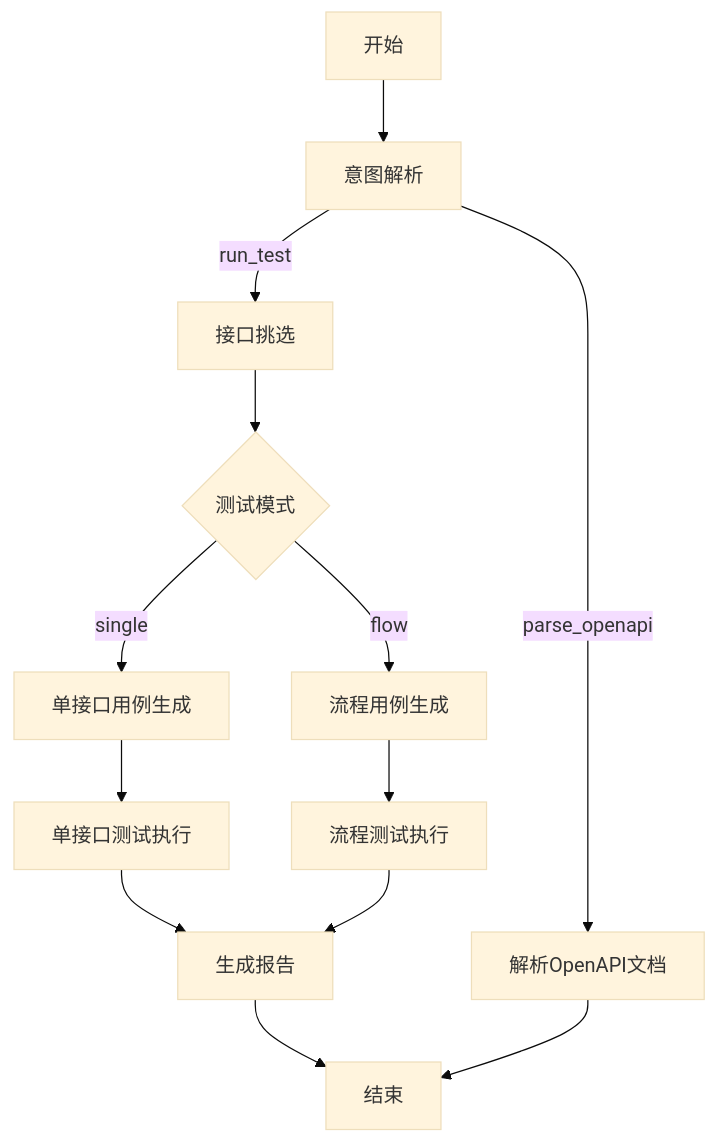
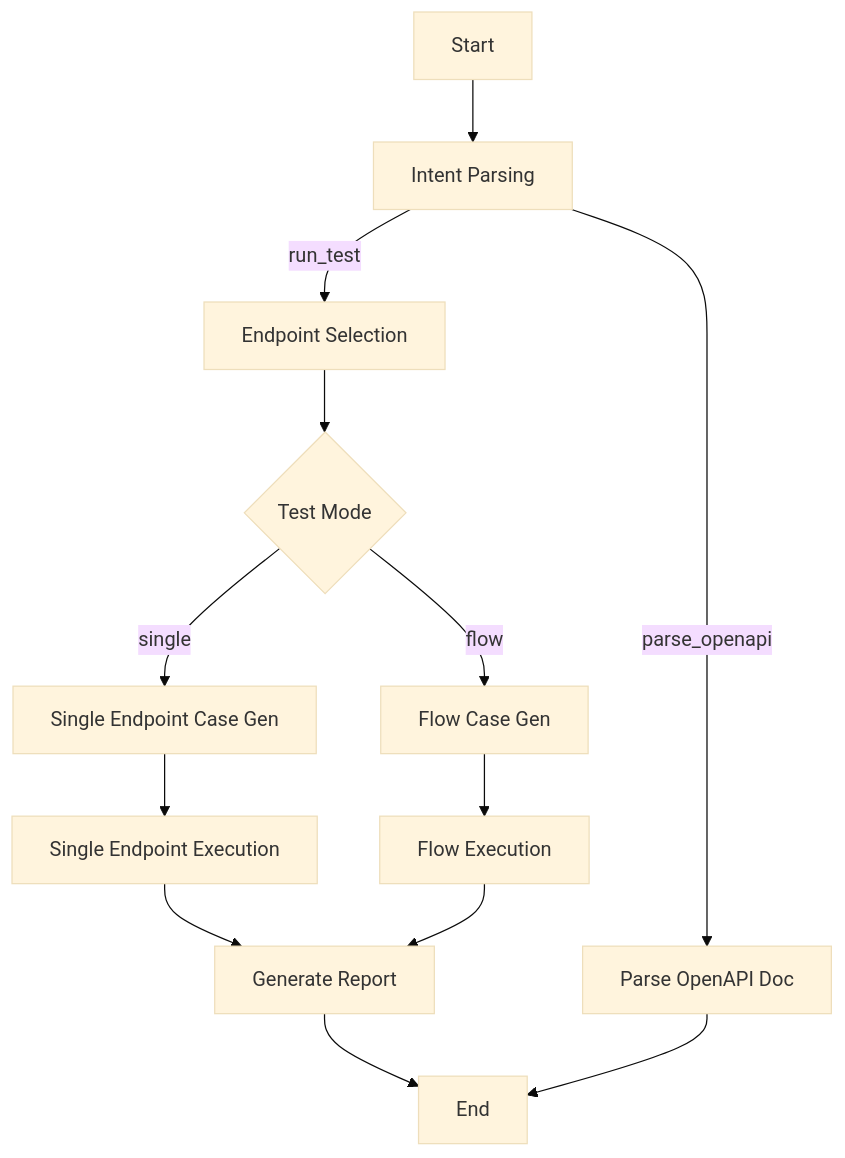
One commit to cmrhyq/LLMTestAgent changed the diagram in README.md. Above: the diagram before and after it, drawn with Mermaid (base theme). The commit also changed other lines of this file and 11 other files, not shown here.

````diff
--- a/README.md
+++ b/README.md
@@ -38,15 +40,15 @@
 ```mermaid
 graph TD
-    Start[开始] --> ParseInput[意图解析]
-    ParseInput -->|run_test| SelectEndpoints[接口挑选]
-    ParseInput -->|parse_openapi| ParseOpenAPI[解析OpenAPI文档]
-    SelectEndpoints --> RouteMode{测试模式}
-    RouteMode -->|single| GenSingle[单接口用例生成]
-    RouteMode -->|flow| GenFlow[流程用例生成]
-    GenSingle --> ExecSingle[单接口测试执行]
-    GenFlow --> ExecFlow[流程测试执行]
-    ExecSingle --> Report[生成报告]
+    Start[Start] --> ParseInput[Intent Parsing]
+    ParseInput -->|run_test| SelectEndpoints[Endpoint Selection]
+    ParseInput -->|parse_openapi| ParseOpenAPI[Parse OpenAPI Doc]
+    SelectEndpoints --> RouteMode{Test Mode}
+    RouteMode -->|single| GenSingle[Single Endpoint Case Gen]
+    RouteMode -->|flow| GenFlow[Flow Case Gen]
+    GenSingle --> ExecSingle[Single Endpoint Execution]
+    GenFlow --> ExecFlow[Flow Execution]
+    ExecSingle --> Report[Generate Report]
     ExecFlow --> Report
-    Report --> EndNode[结束]
+    Report --> EndNode[End]
     ParseOpenAPI --> EndNode
 ```
````
